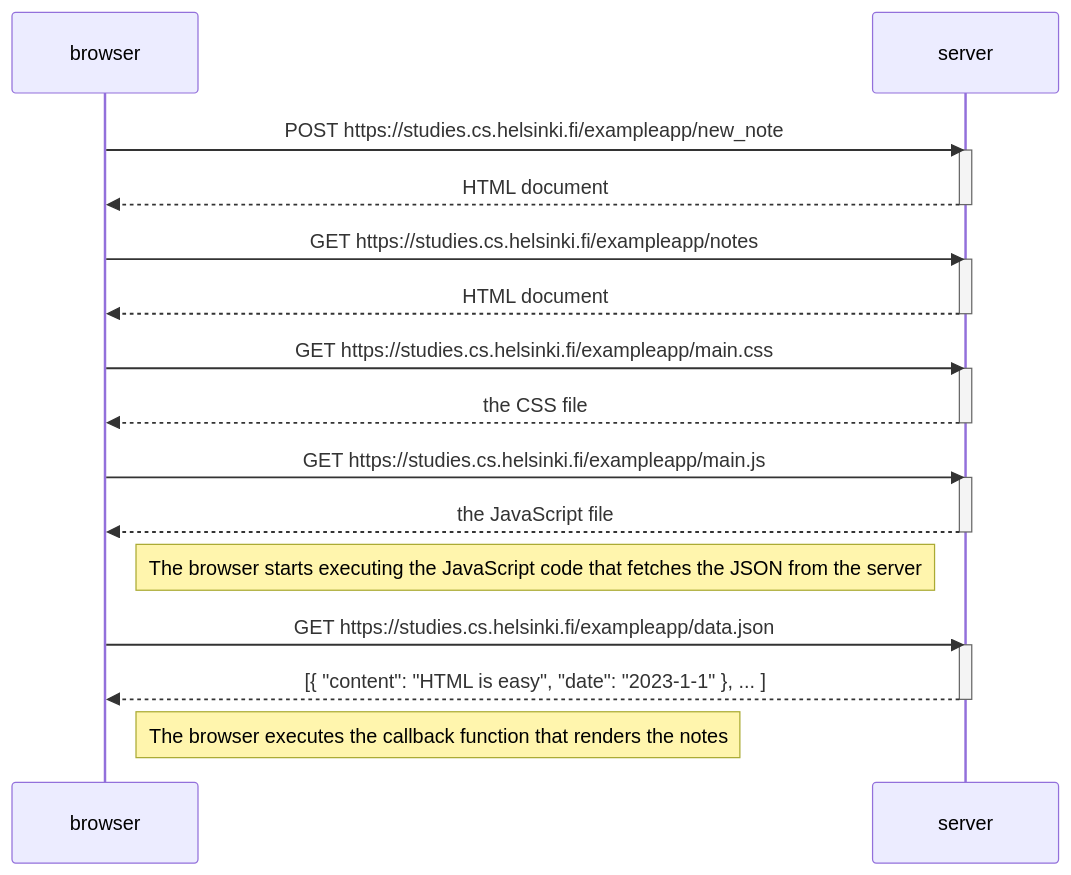
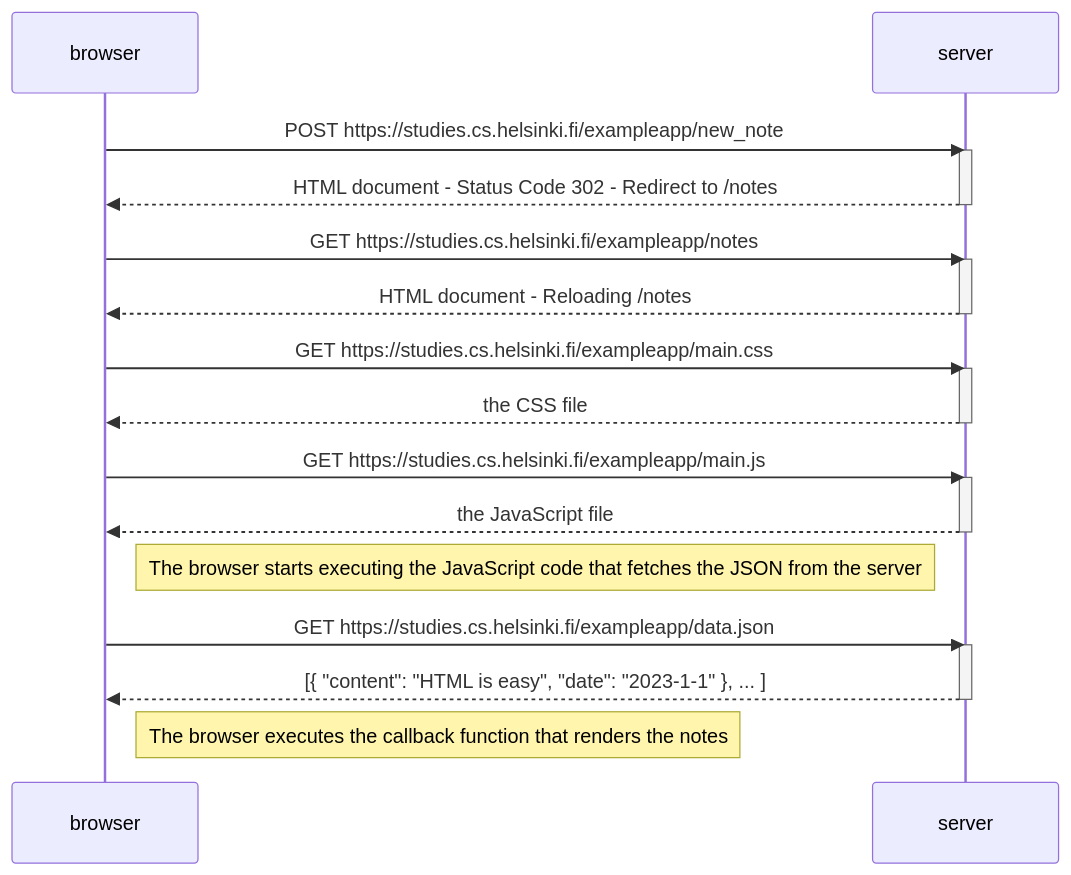
Before and after one commit to RyHmann/FullStackOpen: the diagram in part0/0.4 - New note diagram.md, drawn with Mermaid.

Commit message:
Update 0.4 - New note diagram.md

````diff
--- a/part0/0.4 - New note diagram.md
+++ b/part0/0.4 - New note diagram.md
@@ -1,34 +1,34 @@
 ```mermaid
 sequenceDiagram
     participant browser
     participant server
 
     browser->>server: POST https://studies.cs.helsinki.fi/exampleapp/new_note
     activate server
-    server-->>browser: HTML document
+    server-->>browser: HTML document - Status Code 302 - Redirect to /notes
     deactivate server
 
     browser->>server: GET https://studies.cs.helsinki.fi/exampleapp/notes
     activate server
-    server-->>browser: HTML document
+    server-->>browser: HTML document - Reloading /notes
     deactivate server
     
     browser->>server: GET https://studies.cs.helsinki.fi/exampleapp/main.css
     activate server
     server-->>browser: the CSS file
     deactivate server
 
     browser->>server: GET https://studies.cs.helsinki.fi/exampleapp/main.js
     activate server
     server-->>browser: the JavaScript file
     deactivate server
 
     Note right of browser: The browser starts executing the JavaScript code that fetches the JSON from the server
 
     browser->>server: GET https://studies.cs.helsinki.fi/exampleapp/data.json
     activate server
     server-->>browser: [{ "content": "HTML is easy", "date": "2023-1-1" }, ... ]
     deactivate server
 
     Note right of browser: The browser executes the callback function that renders the notes
 ```
````
